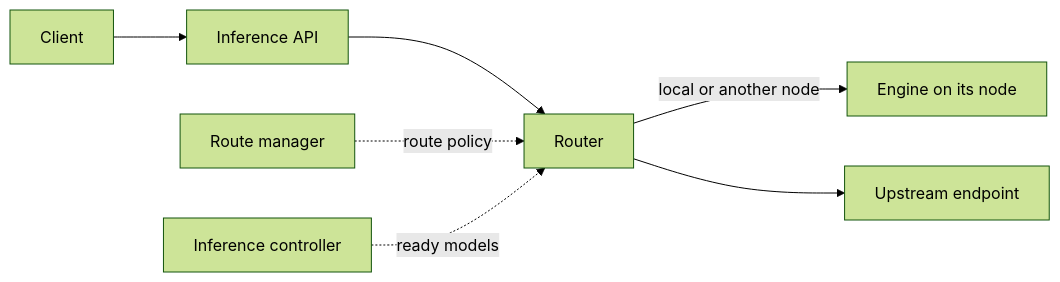
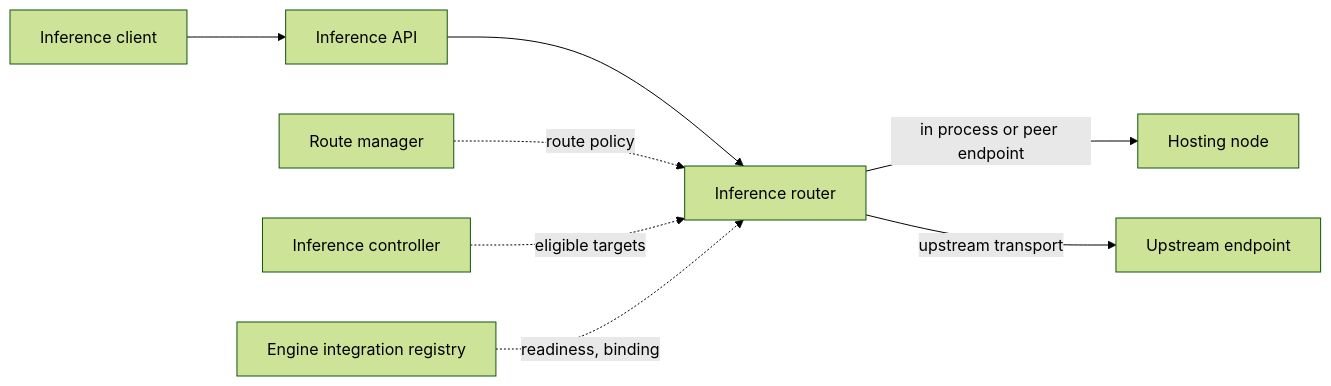
The diagram in docs/design/inference.md (dotcoreai/dotcore), drawn with Mermaid (forest theme) before and after one commit. The commit also changed other lines of this file and 12 other files, not shown here.

Commit message:
docs(*): restructure design pages as architecture specs

````diff
--- a/docs/design/inference.md
+++ b/docs/design/inference.md
@@ -16,8 +29,9 @@
 ```mermaid
 flowchart LR
-  C["Client"] --> API["Inference API"] --> R["Router"]
+  C["Inference client"] --> API["Inference API"] --> R["Inference router"]
   RM["Route manager"] -.->|"route policy"| R
-  IC["Inference controller"] -.->|"ready models"| R
-  R -->|"local or another node"| N["Engine on its node"]
-  R --> UP["Upstream endpoint"]
+  IC["Inference controller"] -.->|"eligible targets"| R
+  EIR["Engine integration registry"] -.->|"readiness, binding"| R
+  R -->|"in process or peer endpoint"| N["Hosting node"]
+  R -->|"upstream transport"| UP["Upstream endpoint"]
 ```
````
